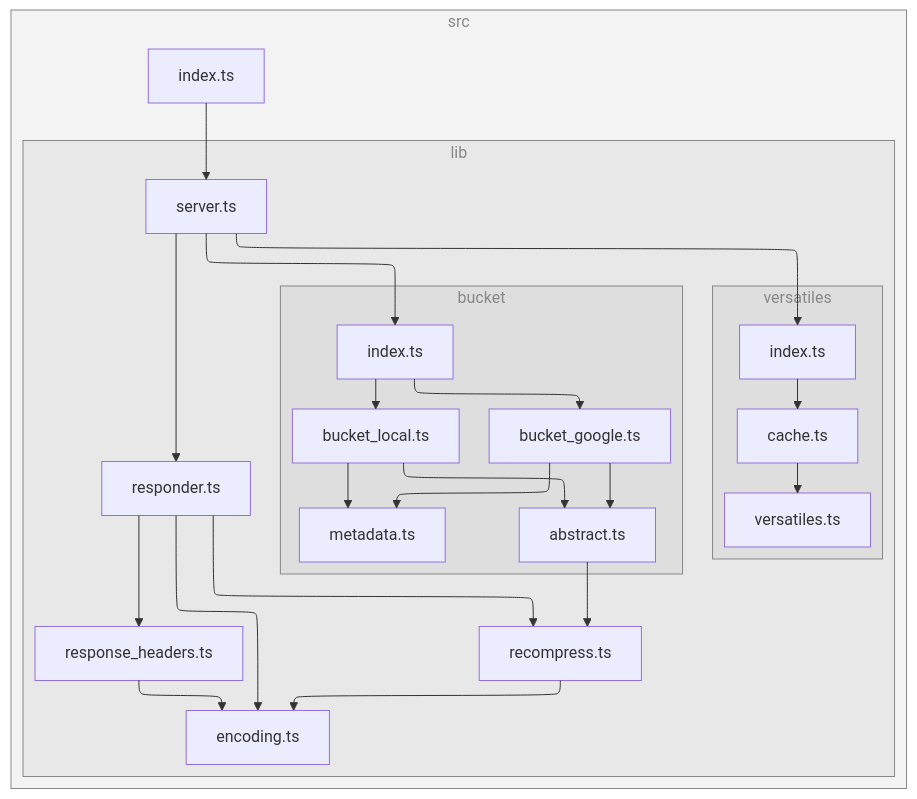
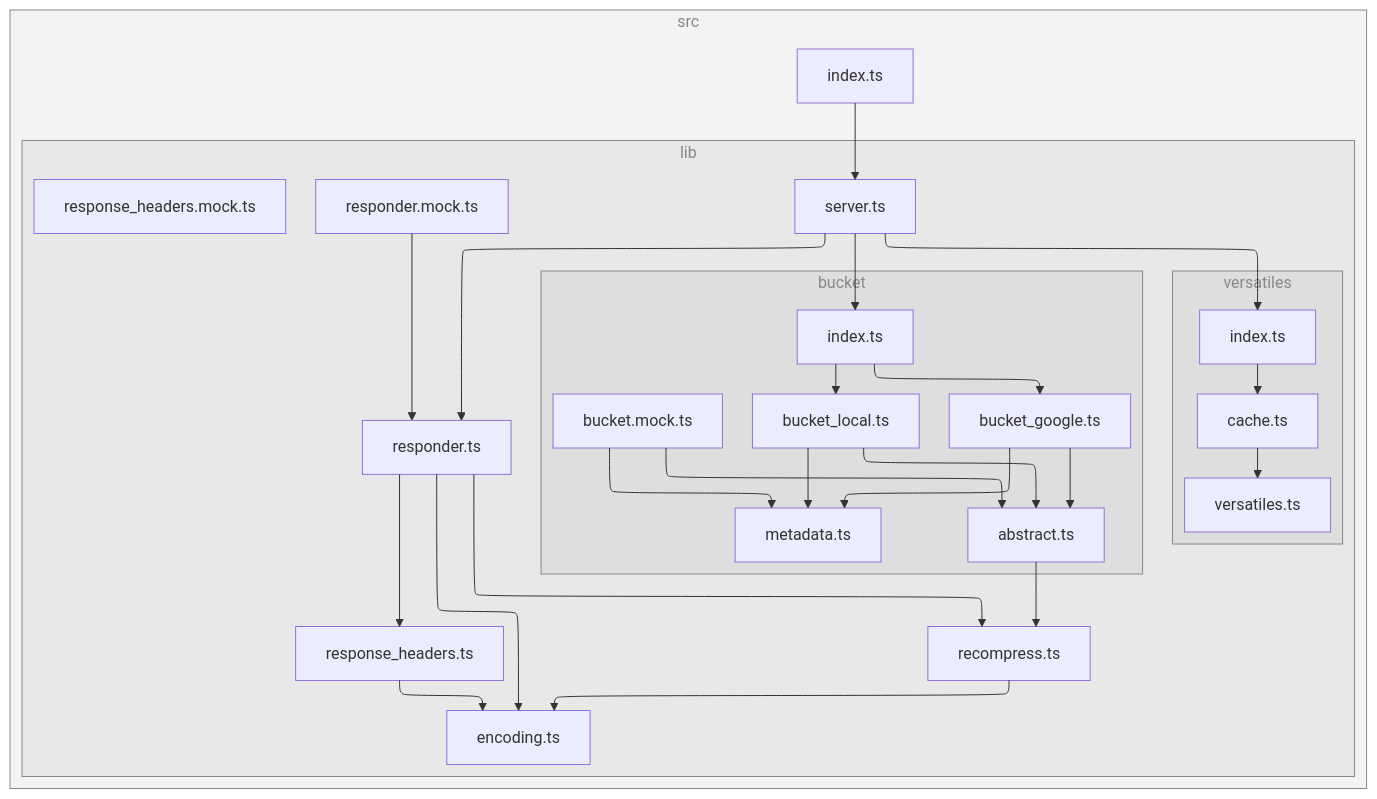
One commit to versatiles-org/node-versatiles-google-cloud changed the diagram in README.md. Above: the diagram before and after it, drawn with Mermaid. The commit also changed 20 other files, not shown here.

````diff
--- a/README.md
+++ b/README.md
@@ -101,51 +101,57 @@
 ```mermaid
 ---
 config:
   layout: elk
 ---
 flowchart TB
 
 subgraph 0["src"]
 1["index.ts"]
 subgraph 2["lib"]
 3["server.ts"]
 subgraph 4["bucket"]
 5["index.ts"]
 6["bucket_google.ts"]
 7["abstract.ts"]
 A["metadata.ts"]
 B["bucket_local.ts"]
+I["bucket.mock.ts"]
 end
 8["recompress.ts"]
 9["encoding.ts"]
 C["responder.ts"]
 D["response_headers.ts"]
 subgraph E["versatiles"]
 F["index.ts"]
 G["cache.ts"]
 H["versatiles.ts"]
 end
+J["responder.mock.ts"]
+K["response_headers.mock.ts"]
 end
 end
 1-->3
 3-->5
 3-->C
 3-->F
 5-->6
 5-->B
 6-->7
 6-->A
 7-->8
 8-->9
 B-->7
 B-->A
 C-->9
 C-->8
 C-->D
 D-->9
 F-->G
 G-->H
+I-->7
+I-->A
+J-->C
 
 class 0,2,4,E subgraphs;
 classDef subgraphs fill-opacity:0.1, fill:#888, color:#888, stroke:#888;
 ```
````
